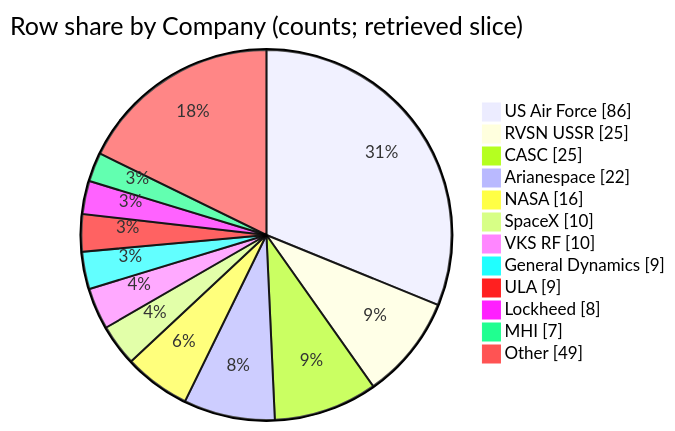
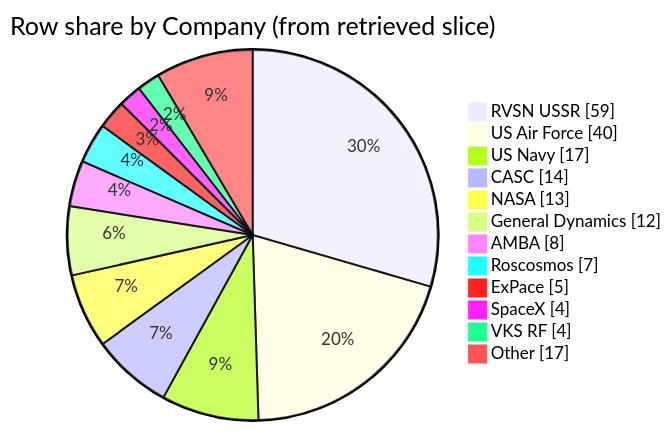
Before and after one commit to AntonRyzhkou1988/prompt-engineering: the diagram in answers/question_space_missions_company_share.md, drawn with Mermaid. The commit also changed other lines of this file and 5 other files, not shown here.

````diff
--- a/answers/question_space_missions_company_share.md
+++ b/answers/question_space_missions_company_share.md
@@ -74,16 +66,16 @@
 ```mermaid
 pie showData
-    title Row share by Company (counts; retrieved slice)
-    "US Air Force" : 86
-    "RVSN USSR" : 25
-    "CASC" : 25
-    "Arianespace" : 22
-    "NASA" : 16
-    "SpaceX" : 10
-    "VKS RF" : 10
-    "General Dynamics" : 9
-    "ULA" : 9
-    "Lockheed" : 8
-    "MHI" : 7
-    "Other" : 49
+    title Row share by Company (from retrieved slice)
+    "RVSN USSR" : 59
+    "US Air Force" : 40
+    "US Navy" : 17
+    "CASC" : 14
+    "NASA" : 13
+    "General Dynamics" : 12
+    "AMBA" : 8
+    "Roscosmos" : 7
+    "ExPace" : 5
+    "SpaceX" : 4
+    "VKS RF" : 4
+    "Other" : 17
 ```
````
